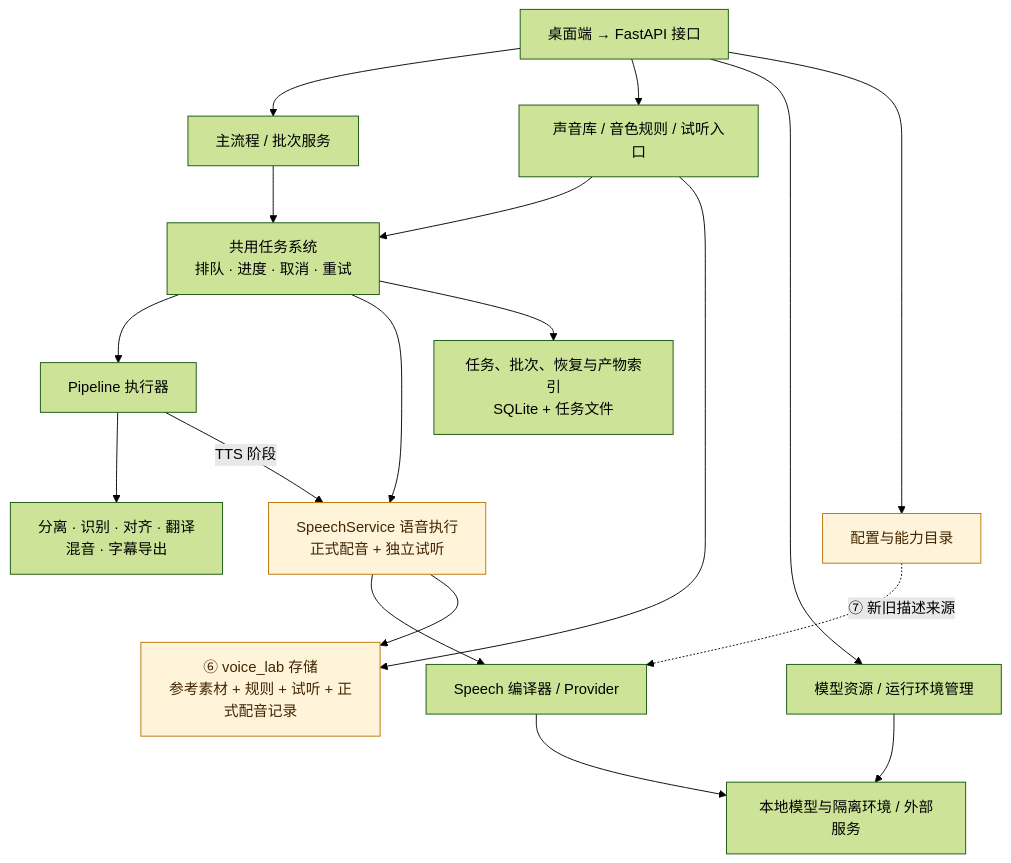
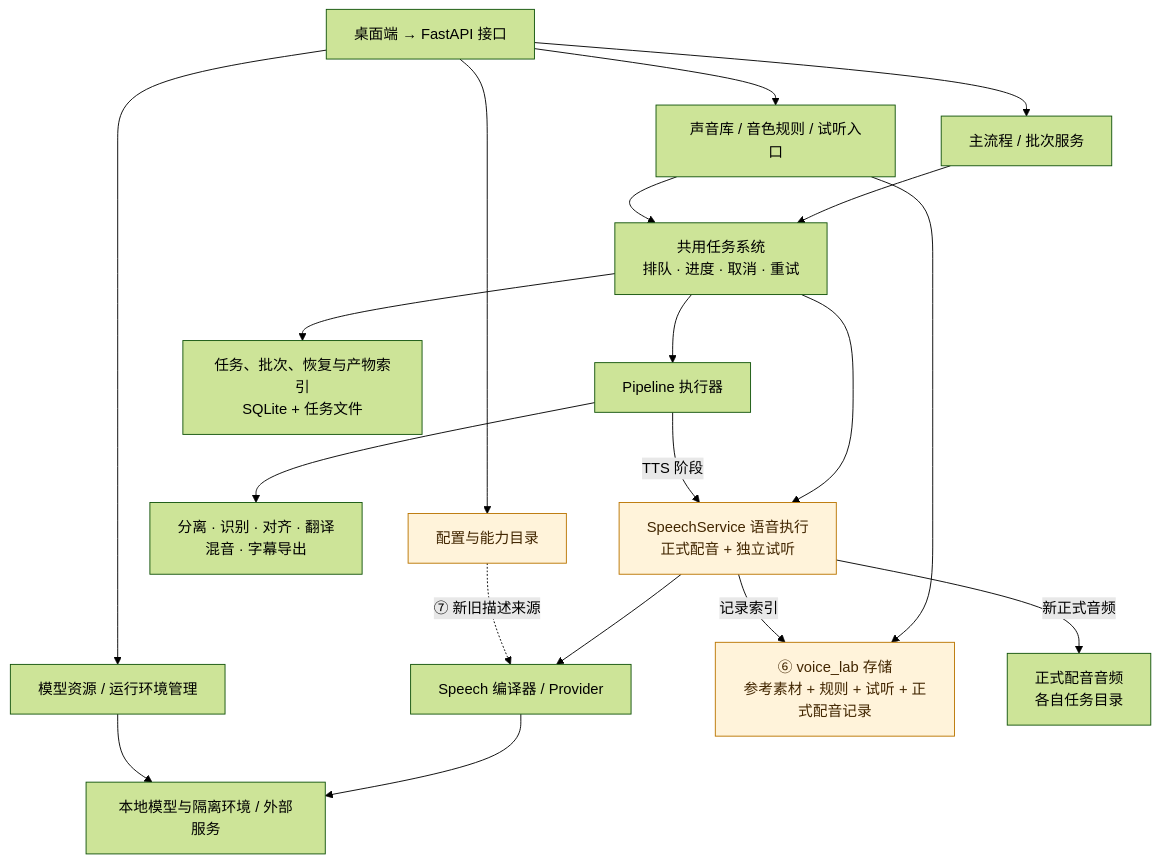
The first of 2 diagrams in docs/diagrams/backend-current-architecture.md (Flysky701/AsmrHelper), drawn with Mermaid (forest theme) before and after one commit. The commit also changed other lines of this file and 7 other files, not shown here.

````diff
--- a/docs/diagrams/backend-current-architecture.md
+++ b/docs/diagrams/backend-current-architecture.md
@@ -9,35 +9,37 @@
 ```mermaid
 flowchart TB
     API["桌面端 → FastAPI 接口"]
     P["主流程 / 批次服务"]
     S["声音库 / 音色规则 / 试听入口"]
     M["模型资源 / 运行环境管理"]
     C["配置与能力目录"]
     Q["共用任务系统<br/>排队 · 进度 · 取消 · 重试"]
     E["Pipeline 执行器"]
     A["分离 · 识别 · 对齐 · 翻译<br/>混音 · 字幕导出"]
     R["SpeechService 语音执行<br/>正式配音 + 独立试听"]
     N["Speech 编译器 / Provider"]
     W["本地模型与隔离环境 / 外部服务"]
     DB["任务、批次、恢复与产物索引<br/>SQLite + 任务文件"]
     J["⑥ voice_lab 存储<br/>参考素材 + 规则 + 试听 + 正式配音记录"]
+    F["正式配音音频<br/>各自任务目录"]
     API --> P
     API --> S
     API --> M
     API --> C
     P --> Q
     S --> Q
     Q --> E
     Q --> R
     Q --> DB
     E --> A
     E -->|"TTS 阶段"| R
     R --> N
     N --> W
     M --> W
     S --> J
-    R --> J
+    R -->|"记录索引"| J
+    R -->|"新正式音频"| F
     C -. "⑦ 新旧描述来源" .-> N
     classDef concern fill:#fff3da,stroke:#ba7500,color:#422600;
     class R,J,C concern;
 ```
````
